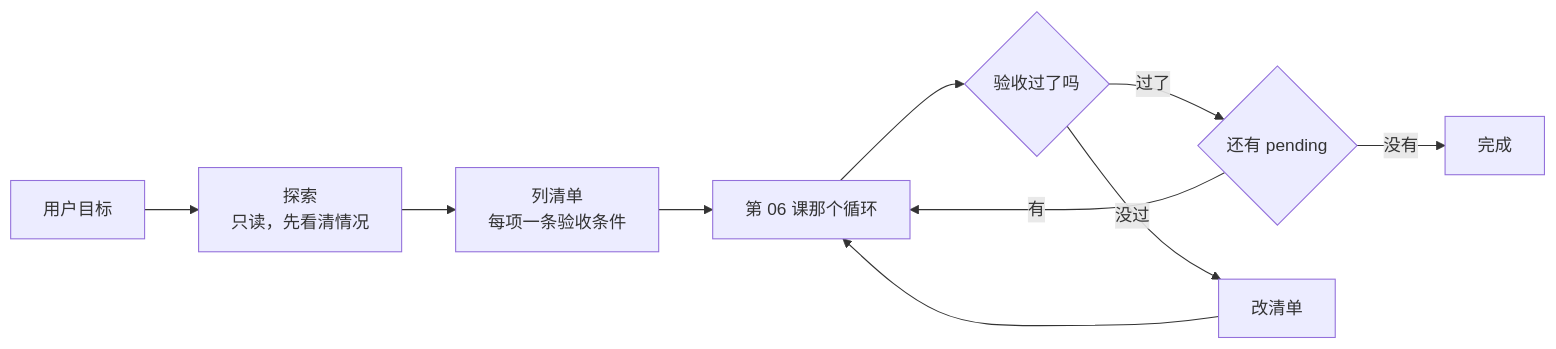
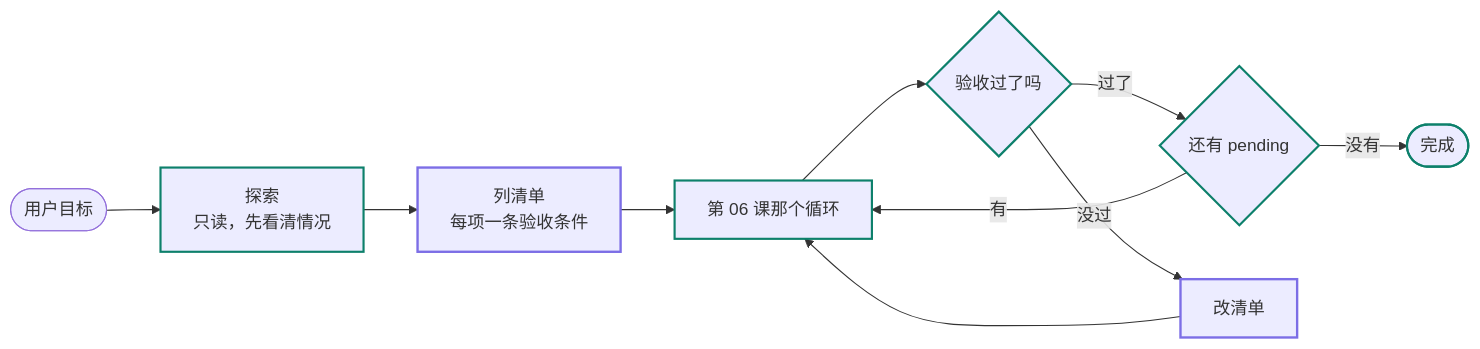
Before and after one commit to lance2016/ai-app-engineering: the diagram in lessons/long-horizon-tasks/README.md, drawn with Mermaid. The commit also changed 21 other files, not shown here.

````diff
--- a/lessons/long-horizon-tasks/README.md
+++ b/lessons/long-horizon-tasks/README.md
@@ -60,14 +60,18 @@
 ```mermaid
 flowchart LR
-    G[用户目标] --> E[探索<br/>只读，先看清情况]
+    classDef model stroke:#7c6ee6,stroke-width:2.2px
+    classDef runtime stroke:#0d806b,stroke-width:2px
+    classDef data stroke:#4e83a3,stroke-width:1.8px
+    G([用户目标]) --> E[探索<br/>只读，先看清情况]
     E --> P[列清单<br/>每项一条验收条件]
     P --> L[第 06 课那个循环]
     L --> V{验收过了吗}
     V -- 过了 --> N{还有 pending}
     N -- 有 --> L
-    N -- 没有 --> D[完成]
+    N -- 没有 --> D([完成])
     V -- 没过 --> R[改清单]
     R --> L
-    class P,V path
-    class R risk
+    class P,R model
+    class E,L,V,N runtime
+    class D runtime
 ```
````
